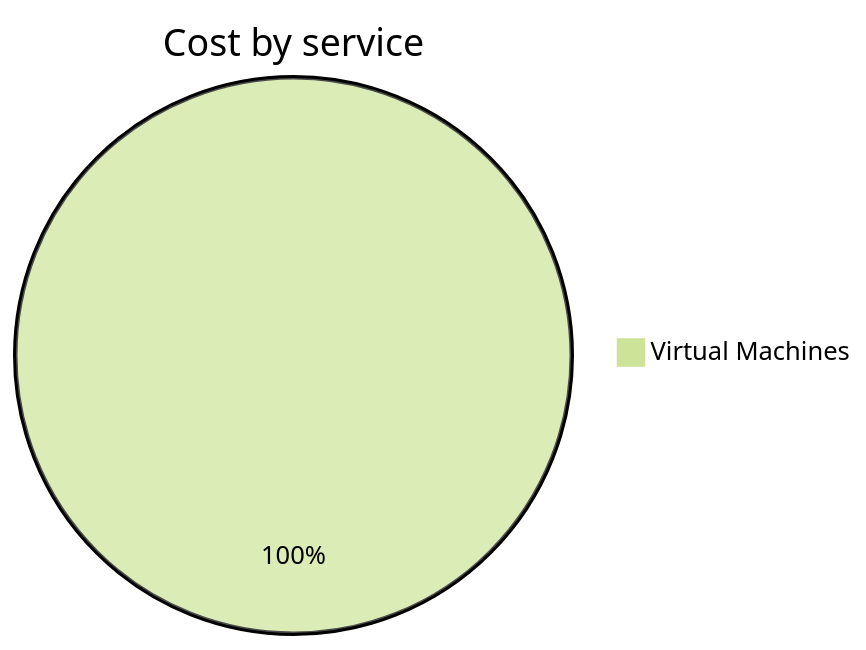
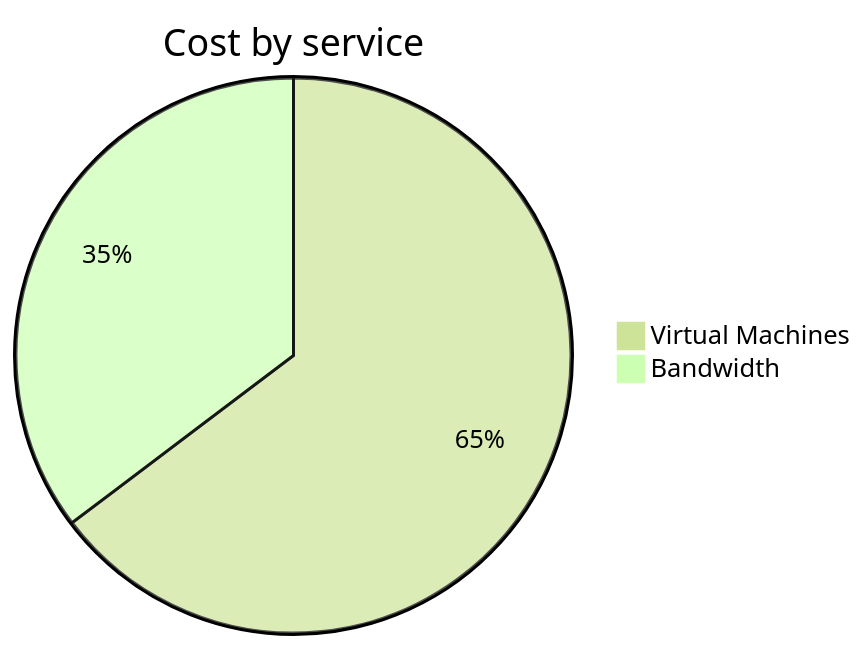
The second of 4 diagrams in cost-reports/personal-network/vpn-server.md (jpfulton/azure-personal-reports), drawn with Mermaid (forest theme) before and after one commit. The commit also changed other lines of this file and 8 other files, not shown here.

````diff
--- a/cost-reports/personal-network/vpn-server.md
+++ b/cost-reports/personal-network/vpn-server.md
@@ -91,5 +92,6 @@
 ```mermaid
 pie
    title Cost by service
-   "Virtual Machines" : 0.04
+   "Virtual Machines" : 0.22
+   "Bandwidth" : 0.12
 ```
````
